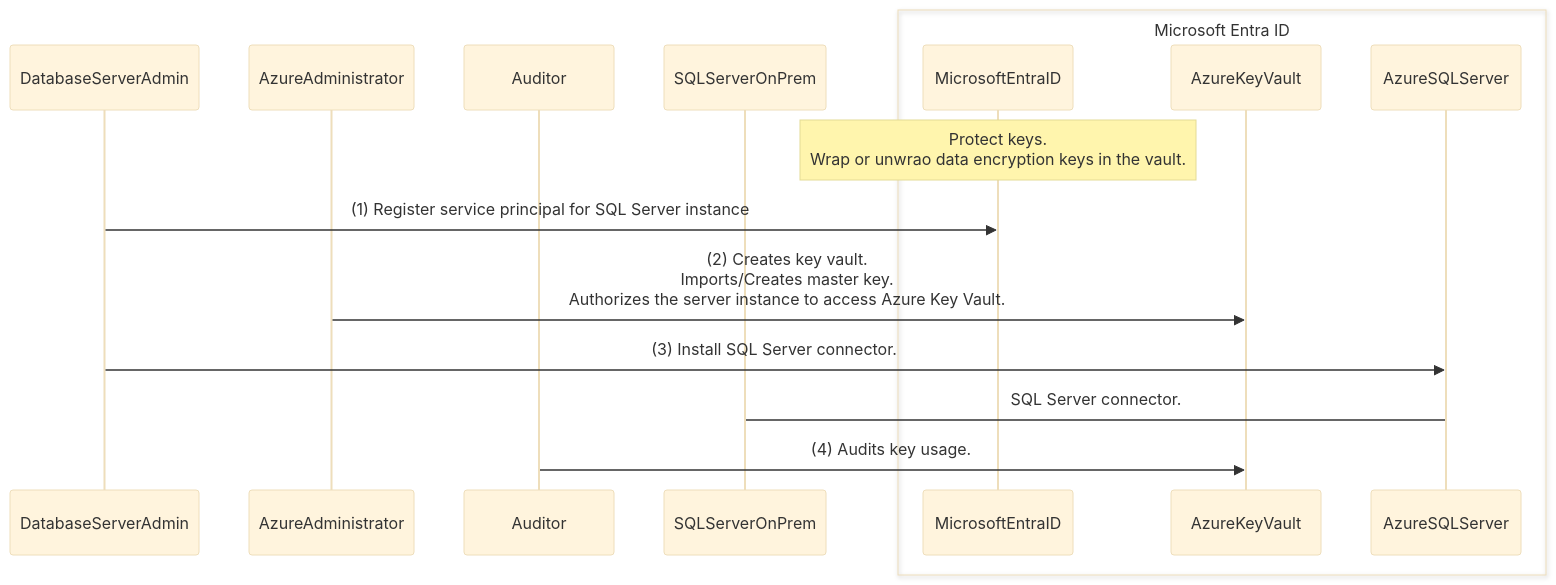
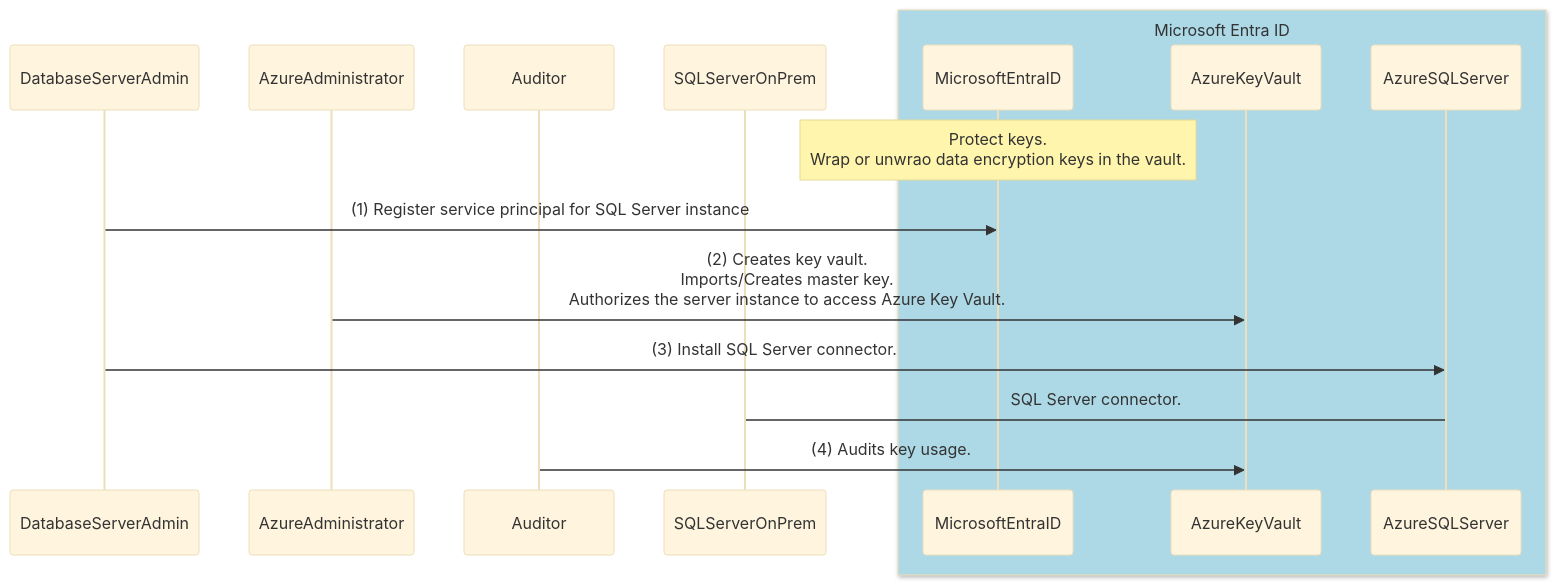
The diagram in README.md (sonnyayran/dac-mermaid), drawn with Mermaid (base theme) before and after one commit.

````diff
--- a/README.md
+++ b/README.md
@@ -47,19 +47,19 @@
 ```mermaid
 sequenceDiagram
     participant DatabaseServerAdmin
     participant AzureAdministrator
     participant Auditor
     participant SQLServerOnPrem
-    box Microsoft Entra ID  
+    box lightblue Microsoft Entra ID  
         participant MicrosoftEntraID
         participant AzureKeyVault
         participant AzureSQLServer
     end
     note over MicrosoftEntraID: Protect keys.<br/> Wrap or unwrao data encryption keys in the vault.
     DatabaseServerAdmin->>MicrosoftEntraID: (1) Register service principal for SQL Server instance
     AzureAdministrator->>AzureKeyVault: (2) Creates key vault.<br/> Imports/Creates master key.<br/> Authorizes the server instance to access Azure Key Vault.
     DatabaseServerAdmin->>AzureSQLServer: (3) Install SQL Server connector.
     SQLServerOnPrem->AzureSQLServer: SQL Server connector.
     Auditor->>AzureKeyVault: (4) Audits key usage.
 
 ```
````
